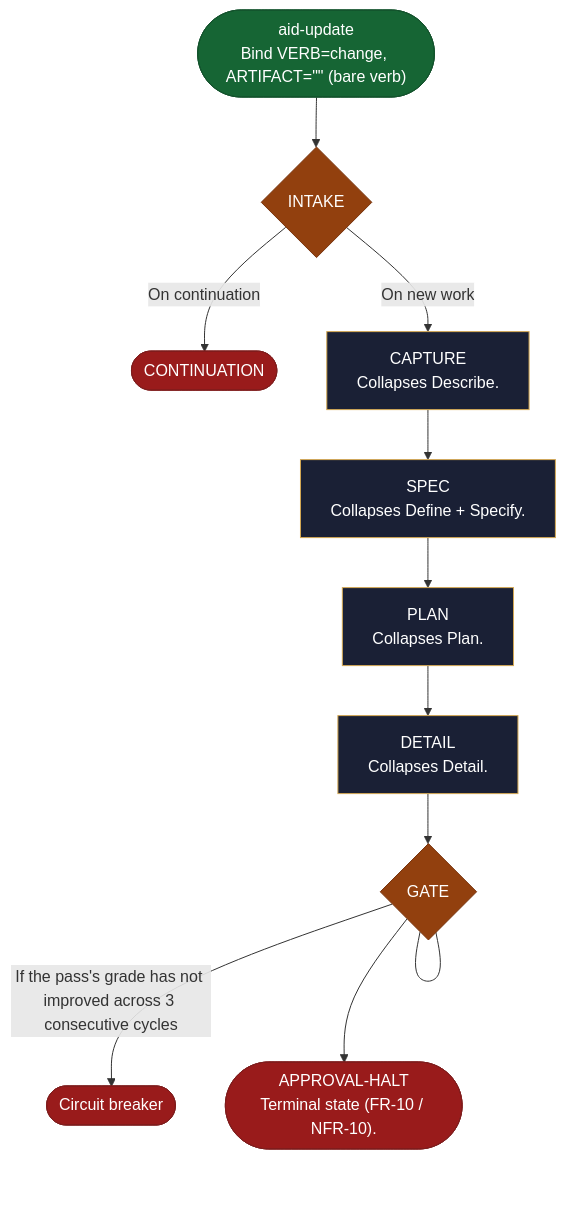
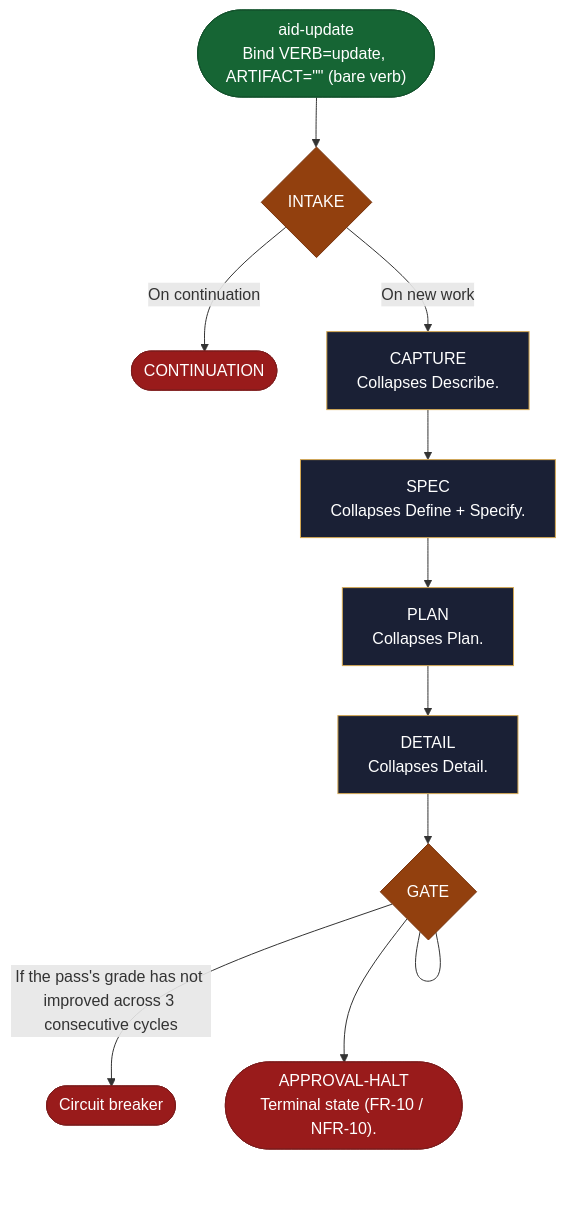
The diagram in site/src/content/docs/skills/aid-update.md (AndreVianna/aid-methodology), drawn with Mermaid before and after one commit. The commit also changed other lines of this file and 99 other files, not shown here.

````diff
--- a/site/src/content/docs/skills/aid-update.md
+++ b/site/src/content/docs/skills/aid-update.md
@@ -20,49 +20,49 @@
 ```mermaid
 flowchart TB
   classDef aidNode color:#fff
   classDef aidEntry fill:#166534,stroke:#14532d,color:#fff
   classDef aidExit fill:#991b1b,stroke:#7f1d1d,color:#fff
   classDef aidDecision fill:#92400e,stroke:#78350f,color:#fff
   classDef aidLoopBack fill:#1e3a8a,stroke:#1e3a8a,color:#fff
   classDef aidStep fill:#1a2035,stroke:#d4a853,color:#f1f5f9
-  n1(["aid-update<br/>Bind VERB=change, ARTIFACT=&quot;&quot; (bare verb)"])
+  n1(["aid-update<br/>Bind VERB=update, ARTIFACT=&quot;&quot; (bare verb)"])
   n2{"INTAKE"}
   n3(["CONTINUATION"])
   n4["CAPTURE<br/>Collapses Describe."]
   n5["SPEC<br/>Collapses Define + Specify."]
   n6["PLAN<br/>Collapses Plan."]
   n7["DETAIL<br/>Collapses Detail."]
   n8{"GATE"}
   n9(["Circuit breaker"])
   n10(["APPROVAL-HALT<br/>Terminal state (FR-10 / NFR-10)."])
   n1 --> n2
   n2 -->|"On continuation"| n3
   n2 -->|"On new work"| n4
   n4 --> n5
   n5 --> n6
   n6 --> n7
   n7 --> n8
   n8 --- n8
   n8 -->|"If the pass's grade has not improved across 3 consecutive cycles"| n9
   n8 --> n10
   class n1 aidEntry
   class n2 aidDecision
   class n3 aidExit
   class n4 aidStep
   class n5 aidStep
   class n6 aidStep
   class n7 aidStep
   class n8 aidDecision
   class n9 aidExit
   class n10 aidExit
   class n1 aidNode
   class n2 aidNode
   class n3 aidNode
   class n4 aidNode
   class n5 aidNode
   class n6 aidNode
   class n7 aidNode
   class n8 aidNode
   class n9 aidNode
   class n10 aidNode
 ```
````
